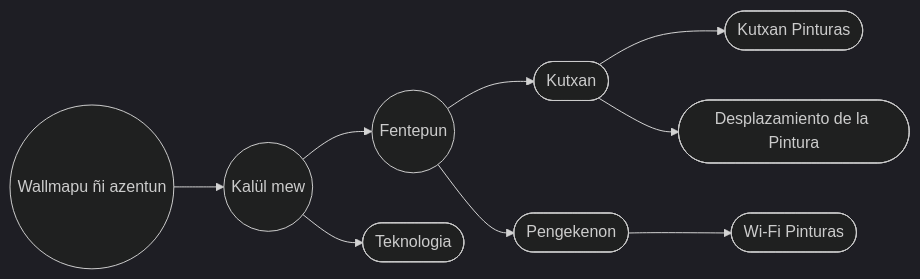
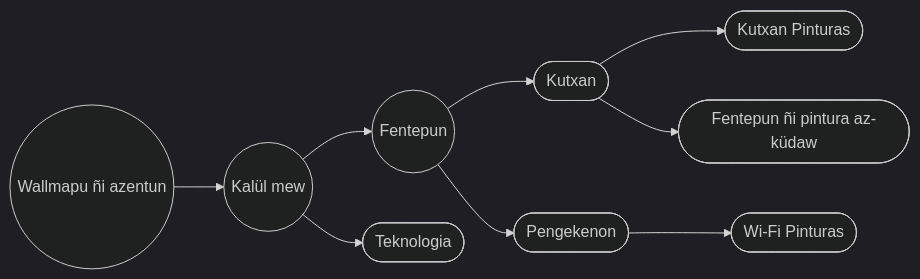
Before and after one commit to EGGS-Artesvisuales/EGGS-Artesvisuales.github.io: the diagram in MPD/saturacion.md, drawn with Mermaid (dark theme). The commit also changed other lines of this file and 41 other files, not shown here.

```diff
--- a/MPD/saturacion.md
+++ b/MPD/saturacion.md
@@ -34,31 +34,31 @@
 <div class="mermaid">
 flowchart LR
   RM((Wallmapu ñi azentun))
   LT((Kalül mew))
   LS((Fentepun))
   LTec([Teknologia])
   LP([Kutxan])
   LI([Pengekenon])
   P([Kutxan Pinturas])
-  DP([Desplazamiento de la Pintura])
-  PL([Wi-Fi Pinturas])  
+  DP([Fentepun ñi pintura az-küdaw])
+  PL([Wi-Fi Pinturas])
 
   RM --> LT
   LT --> LS
   LT --> LTec
   LS --> LP
   LS --> LI
   LP --> P
   LP --> DP
-  LI --> PL          
+  LI --> PL
 
   click RM "/MPD/mundo-exterior.html" "Amun: Wallmapu ñi azentun"
   click LT "/MPD/tangible.html" "Amun: Kalül mew"
   click LS "/MPD/saturacion.html" "Amun: Fentepun"
   click LTec "/MPD/en-construccion.html" "Amun: Teknologia"
   click LP "/MPD/la-peste.html" "Amun: Kutxan"
   click LI "/MPD/lo-invisible.html" "Amun: Pengekenon"
   click P "/MPD/peste-pinturas-infectadas.html" "Amun: Kutxan Pinturas"
-  click DP "/MPD/desplazamiento-pintura.html" "Amun: Desplazamiento de la Pintura"
+  click DP "/MPD/desplazamiento-pintura.html" "Amun: Fentepun ñi pintura az-küdaw"
   click PL "/MPD/pinturas-wifi.html" "Amun: Pinturas wi fi"
 </div>
```
